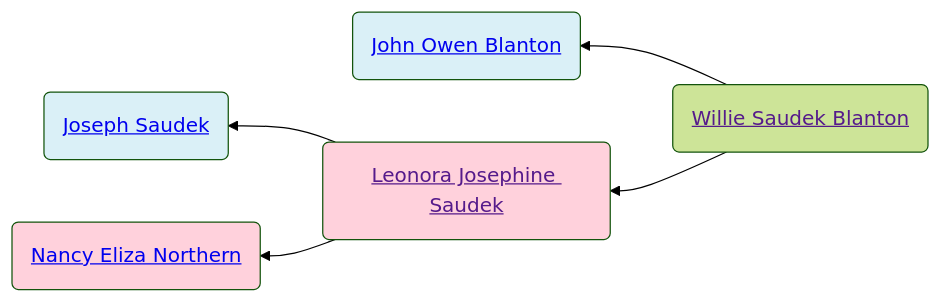
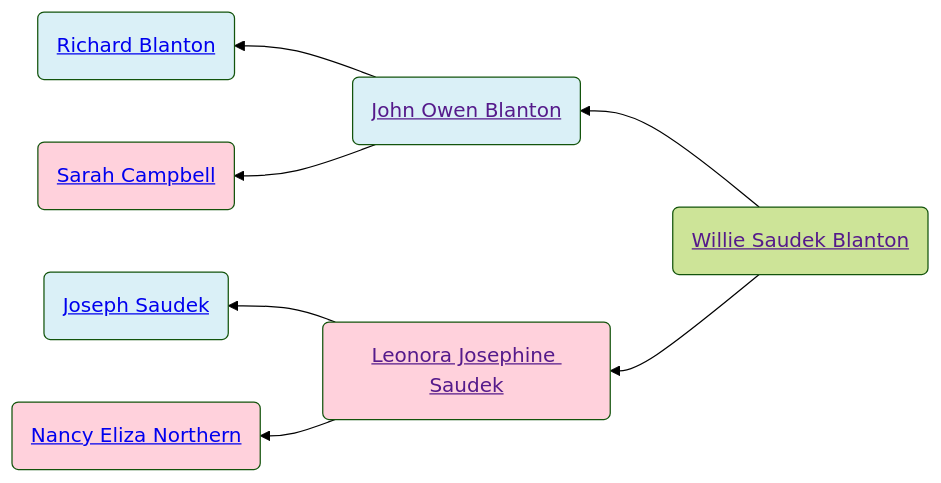
One commit to neelsmith/avocational changed the first of 2 diagrams in familyhistory/sources/people/Neel-line/Blanton-line/Willie_Saudek_Blanton.qmd. Above: the diagram before and after it, drawn with Mermaid (forest theme). The commit also changed other lines of this file and 42 other files, not shown here.

````diff
--- a/familyhistory/sources/people/Neel-line/Blanton-line/Willie_Saudek_Blanton.qmd
+++ b/familyhistory/sources/people/Neel-line/Blanton-line/Willie_Saudek_Blanton.qmd
@@ -26,16 +28,20 @@
 ```{mermaid}
 graph RL
 %% RL ancestor diagram
 Willie_Saudek_Blanton(<a href=''>Willie Saudek Blanton</>) -->  John_Owen_Blanton(<a href='./John_Owen_Blanton.html'>John Owen Blanton</>)
+John_Owen_Blanton(<a href=''>John Owen Blanton</>) -->  Richard_Blanton(<a href='./Richard_Blanton.html'>Richard Blanton</>)
+class Richard_Blanton father
+John_Owen_Blanton(<a href=''>John Owen Blanton</>)  --> Sarah_Campbell(<a href='./Sarah_Campbell.html'>Sarah Campbell</>)
+class Sarah_Campbell mother
 class John_Owen_Blanton father
 Willie_Saudek_Blanton(<a href=''>Willie Saudek Blanton</>)  --> Leonora_Josephine_Saudek(<a href='./Saudek-line/Leonora_Josephine_Saudek.html'>Leonora Josephine Saudek</>)
 Leonora_Josephine_Saudek(<a href=''>Leonora Josephine Saudek</>) -->  Joseph_Saudek(<a href='./Joseph_Saudek.html'>Joseph Saudek</>)
 class Joseph_Saudek father
 Leonora_Josephine_Saudek(<a href=''>Leonora Josephine Saudek</>)  --> Nancy_Eliza_Northern(<a href='./Northern-line/Nancy_Eliza_Northern.html'>Nancy Eliza Northern</>)
 class Nancy_Eliza_Northern mother
 class Leonora_Josephine_Saudek mother
 classDef mother fill:#ffd1dc
 classDef father fill:#daf0f7  
 classDef marriage fill:#ffffff
 
 ```
````
